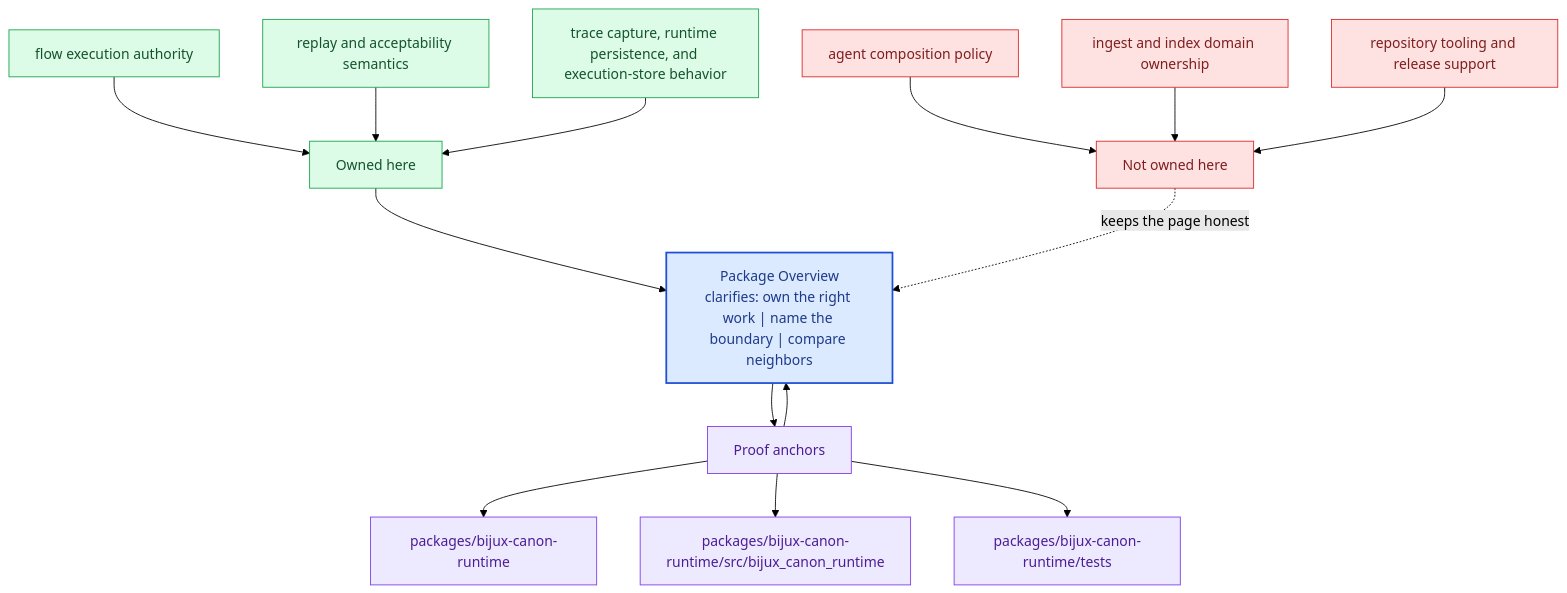
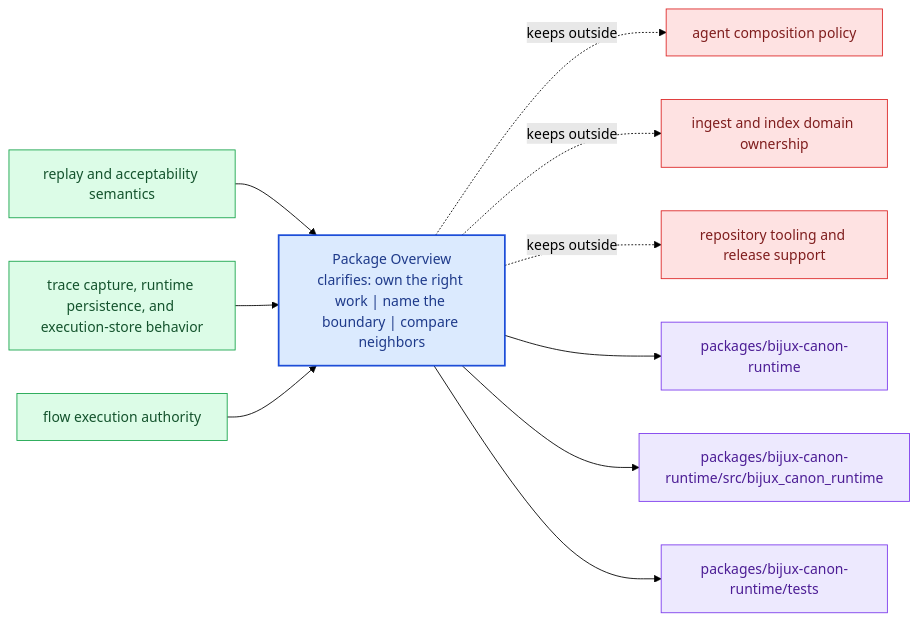
One commit to bijux/bijux-canon changed the diagram in docs/bijux-canon-runtime/foundation/package-overview.md. Above: the diagram before and after it, drawn with Mermaid (forest theme). The commit also changed other lines of this file and 281 other files, not shown here.

Commit message:
docs(diagrams): replace repeated mermaid scaffolds with page-specific summaries

````diff
--- a/docs/bijux-canon-runtime/foundation/package-overview.md
+++ b/docs/bijux-canon-runtime/foundation/package-overview.md
@@ -68,40 +23,31 @@
 ```mermaid
-flowchart TB
-    promise["Package Overview<br/>clarifies: own the right work | name the boundary | compare neighbors"]
-    classDef promise fill:#dbeafe,stroke:#1d4ed8,color:#1e3a8a,stroke-width:2px;
-    classDef driver fill:#dcfce7,stroke:#16a34a,color:#14532d;
-    classDef constraint fill:#fee2e2,stroke:#dc2626,color:#7f1d1d;
-    classDef ground fill:#ede9fe,stroke:#7c3aed,color:#4c1d95;
-    focus1["Owned here"]
-    focus1 --> promise
-    focus1_1["flow execution authority"]
-    focus1_1 --> focus1
-    focus1_2["replay and acceptability semantics"]
-    focus1_2 --> focus1
-    focus1_3["trace capture, runtime persistence, and execution-store behavior"]
-    focus1_3 --> focus1
-    class focus1 driver;
-    class focus1_1,focus1_2,focus1_3 driver;
-    focus2["Not owned here"]
-    focus2 -.keeps the page honest.-> promise
-    focus2_1["agent composition policy"]
-    focus2_1 --> focus2
-    focus2_2["ingest and index domain ownership"]
-    focus2_2 --> focus2
-    focus2_3["repository tooling and release support"]
-    focus2_3 --> focus2
-    class focus2 constraint;
-    class focus2_1,focus2_2,focus2_3 constraint;
-    focus3["Proof anchors"]
-    focus3 --> promise
-    promise --> focus3
-    focus3_1["packages/bijux-canon-runtime"]
-    focus3 --> focus3_1
-    focus3_2["packages/bijux-canon-runtime/src/bijux_canon_runtime"]
-    focus3 --> focus3_2
-    focus3_3["packages/bijux-canon-runtime/tests"]
-    focus3 --> focus3_3
-    class focus3 ground;
-    class focus3_1,focus3_2,focus3_3 ground;
-    class promise promise;
+flowchart LR
+    page["Package Overview<br/>clarifies: own the right work | name the boundary | compare neighbors"]
+    classDef page fill:#dbeafe,stroke:#1d4ed8,color:#1e3a8a,stroke-width:2px;
+    classDef positive fill:#dcfce7,stroke:#16a34a,color:#14532d;
+    classDef caution fill:#fee2e2,stroke:#dc2626,color:#7f1d1d;
+    classDef anchor fill:#ede9fe,stroke:#7c3aed,color:#4c1d95;
+    classDef action fill:#fef3c7,stroke:#d97706,color:#7c2d12;
+    own1["replay and acceptability semantics"]
+    own1 --> page
+    own2["trace capture, runtime persistence, and execution-store behavior"]
+    own2 --> page
+    own3["flow execution authority"]
+    own3 --> page
+    limit1["agent composition policy"]
+    page -.keeps outside.-> limit1
+    limit2["ingest and index domain ownership"]
+    page -.keeps outside.-> limit2
+    limit3["repository tooling and release support"]
+    page -.keeps outside.-> limit3
+    anchor1["packages/bijux-canon-runtime"]
+    page --> anchor1
+    anchor2["packages/bijux-canon-runtime/src/bijux_canon_runtime"]
+    page --> anchor2
+    anchor3["packages/bijux-canon-runtime/tests"]
+    page --> anchor3
+    class page page;
+    class own1,own2,own3 positive;
+    class limit1,limit2,limit3 caution;
+    class anchor1,anchor2,anchor3 anchor;
 ```
````
